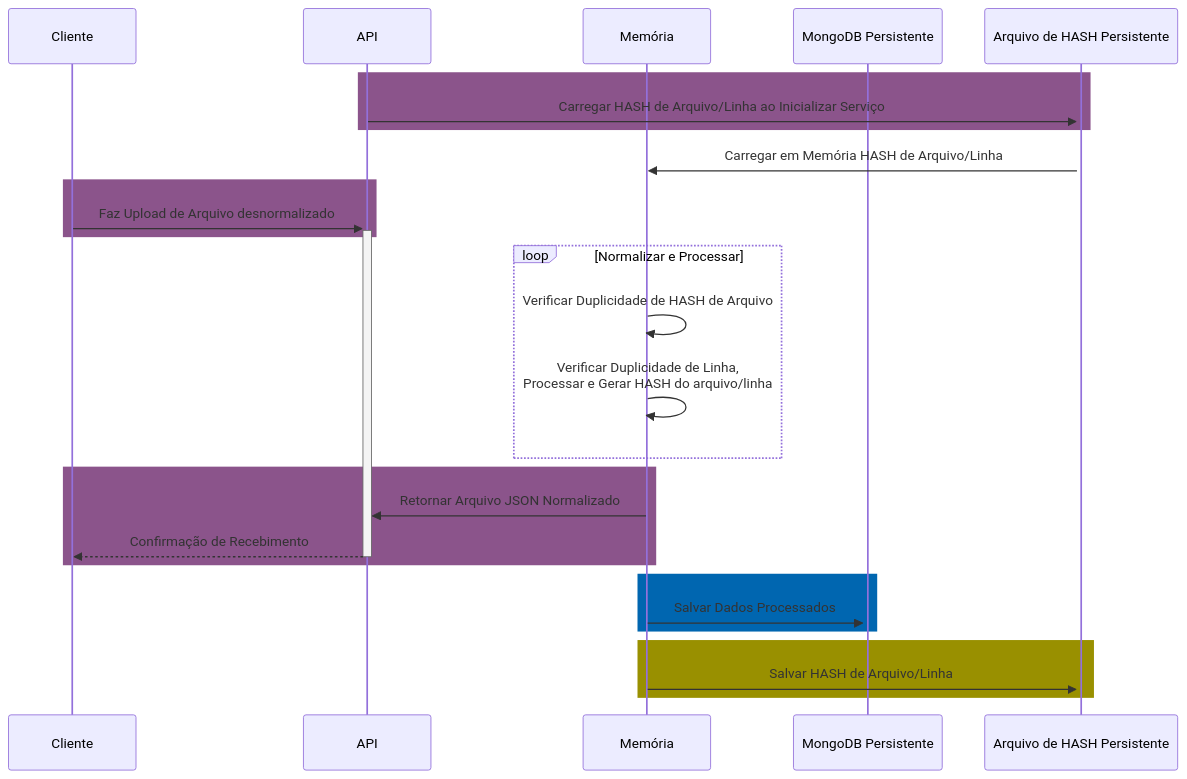
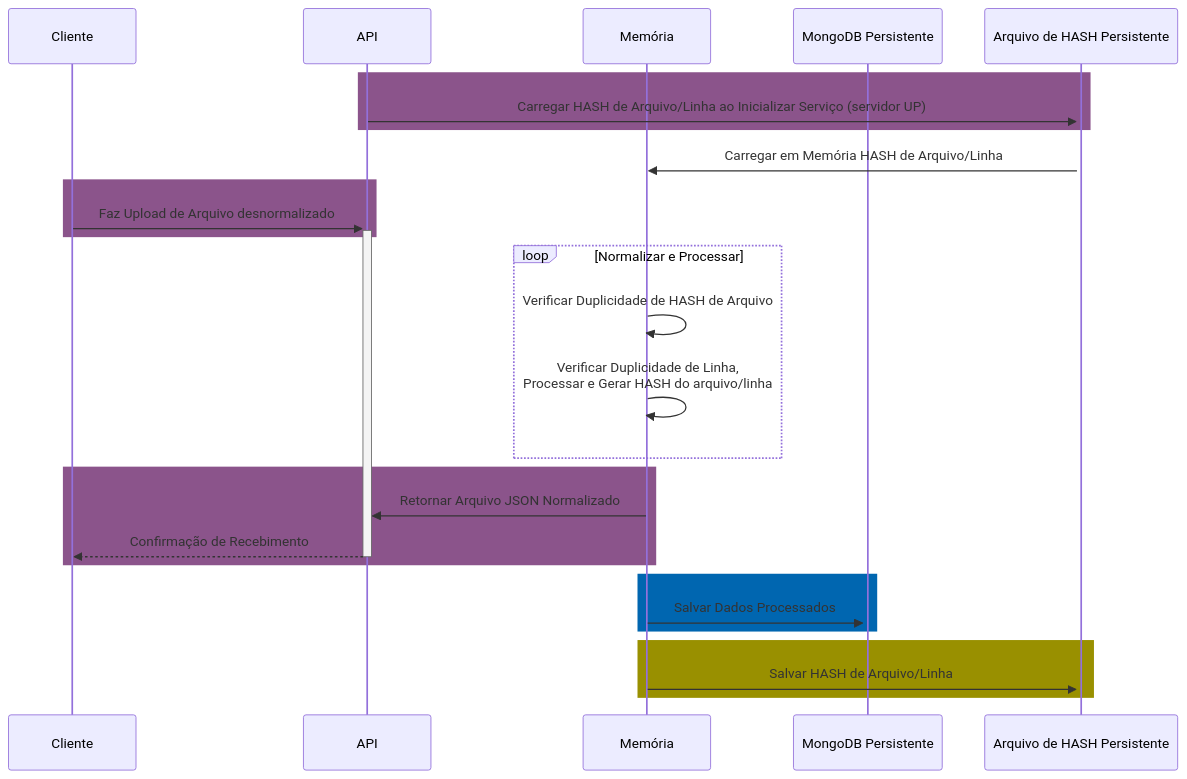
Before and after one commit to caputomarcos/luizalabs-logistics-challenge-order-api: the first of 2 diagrams in README.md, drawn with Mermaid.

````diff
--- a/README.md
+++ b/README.md
@@ -20,30 +20,30 @@
 ```mermaid
 sequenceDiagram
     participant Cliente as Cliente
     participant API as API
     participant Memória as Memória
     participant MongoDB as MongoDB Persistente
     participant ArquivoHash as Arquivo de HASH Persistente
 
     rect rgb(139, 84, 139)
-    API->>+ArquivoHash: Carregar HASH de Arquivo/Linha ao Inicializar Serviço
+    API->>+ArquivoHash: Carregar HASH de Arquivo/Linha ao Inicializar Serviço (servidor UP)
     end
     ArquivoHash->>Memória: Carregar em Memória HASH de Arquivo/Linha
     rect rgb(139, 84, 139)
     Cliente->>+API: Faz Upload de Arquivo desnormalizado
     end
     loop Normalizar e Processar
         Memória->>Memória: Verificar Duplicidade de HASH de Arquivo
         Memória->>Memória: Verificar Duplicidade de Linha,<br/>Processar e Gerar HASH do arquivo/linha
     end
     rect rgb(139, 84, 139)
     Memória->>API: Retornar Arquivo JSON Normalizado
     API-->>-Cliente: Confirmação de Recebimento
     end
     rect rgb(0, 102, 176)
     Memória->>+MongoDB: Salvar Dados Processados
     end
     rect rgb(153, 144, 0)
     Memória->>+ArquivoHash: Salvar HASH de Arquivo/Linha
     end
 ```
````
